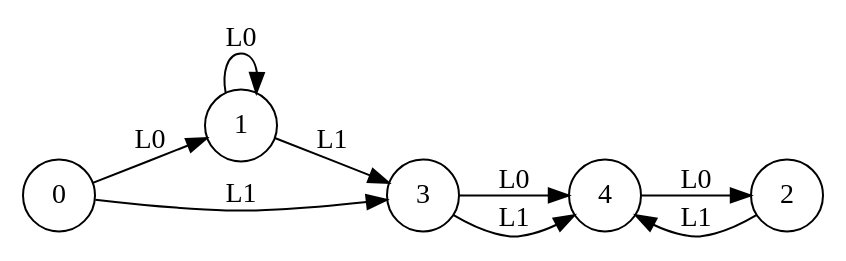
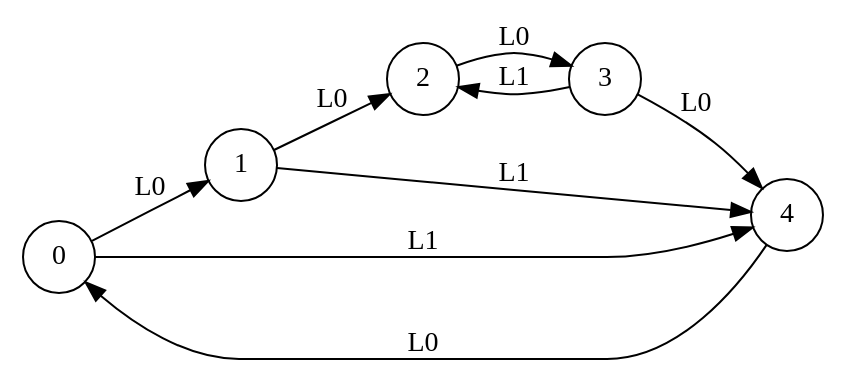
The diagram in automata/automaton_5_2_2_1.dot (k85-ai/KB1), drawn with Graphviz before and after one commit. The commit also changed 441 other files, not shown here.

```diff
--- a/automata/automaton_5_2_2_1.dot
+++ b/automata/automaton_5_2_2_1.dot
@@ -1,16 +1,16 @@
 digraph dotMachine {
   rankdir=LR;
   0 [shape=circle, label="0"];
   1 [shape=circle, label="1"];
   2 [shape=circle, label="2"];
   3 [shape=circle, label="3"];
   4 [shape=circle, label="4"];
   0 -> 1 [label="L0"];
-  0 -> 3 [label="L1"];
+  1 -> 2 [label="L0"];
+  2 -> 3 [label="L0"];
   3 -> 4 [label="L0"];
-  1 -> 3 [label="L1"];
-  3 -> 4 [label="L1"];
-  1 -> 1 [label="L0"];
-  4 -> 2 [label="L0"];
-  2 -> 4 [label="L1"];
+  4 -> 0 [label="L0"];
+  0 -> 4 [label="L1"];
+  1 -> 4 [label="L1"];
+  3 -> 2 [label="L1"];
 }
```
